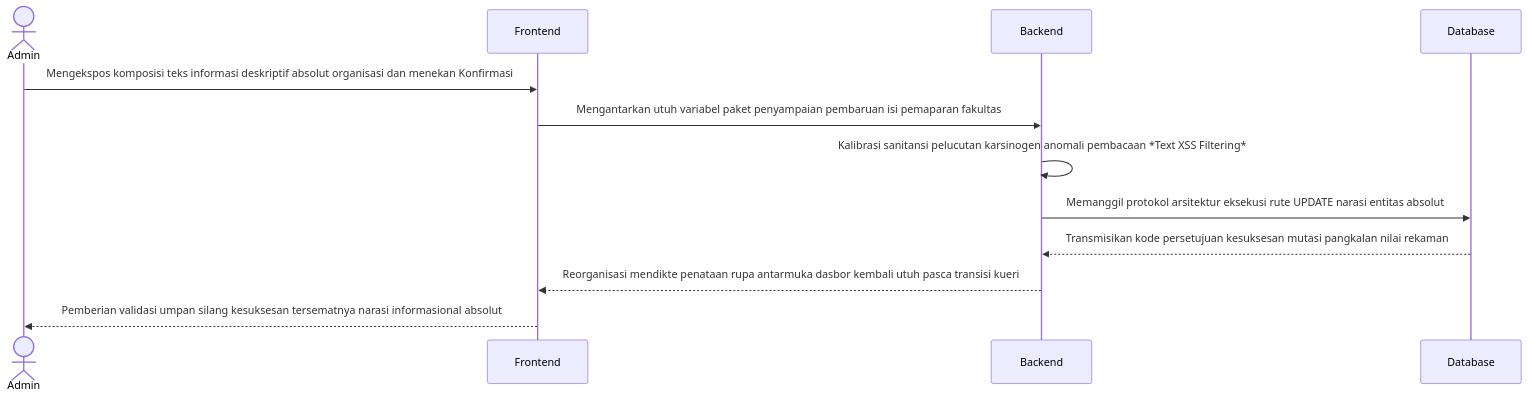
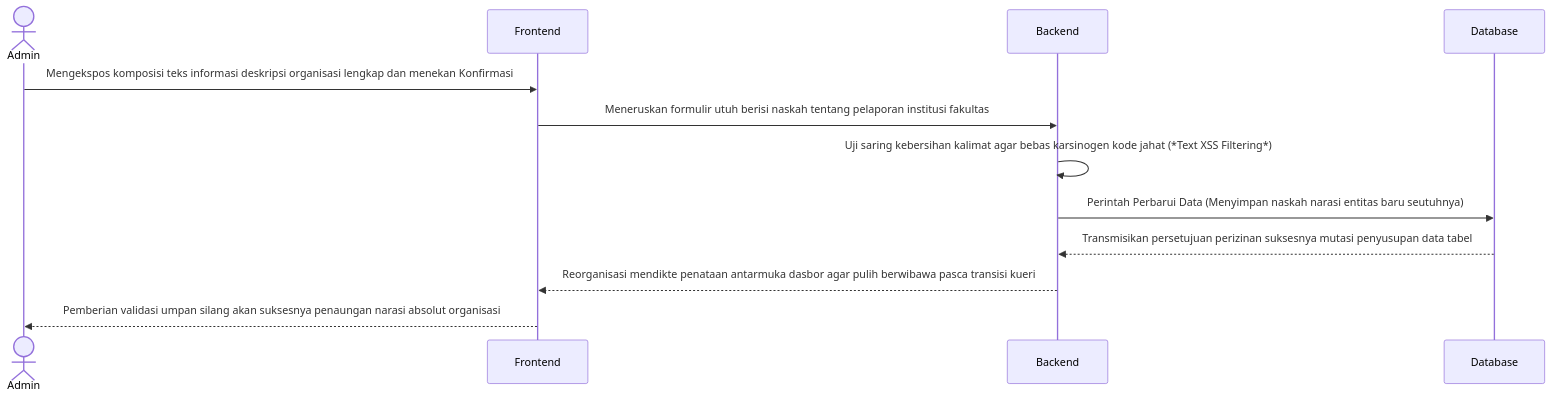
One commit to arbain-dev/Web_fikom changed the fourth of 4 diagrams in docs/02_DIAGRAM_URUTAN_SEQUENCE.md. Above: the diagram before and after it, drawn with Mermaid. The commit also changed other lines of this file, not shown here.

Commit message:
docs: menyederhanakan bahasa teknis tingkat tinggi (HTTP POST/Execute Query) pada Diagram Sequence

````diff
--- a/docs/02_DIAGRAM_URUTAN_SEQUENCE.md
+++ b/docs/02_DIAGRAM_URUTAN_SEQUENCE.md
@@ -75,15 +75,15 @@
 ```mermaid
 sequenceDiagram
     actor Admin
     participant Frontend as Frontend
     participant Backend as Backend
     participant Database as Database
     
-    Admin->>Frontend: Mengekspos komposisi teks informasi deskriptif absolut organisasi dan menekan Konfirmasi
-    Frontend->>Backend: Mengantarkan utuh variabel paket penyampaian pembaruan isi pemaparan fakultas
-    Backend->>Backend: Kalibrasi sanitansi pelucutan karsinogen anomali pembacaan *Text XSS Filtering*
-    Backend->>Database: Memanggil protokol arsitektur eksekusi rute UPDATE narasi entitas absolut 
-    Database-->>Backend: Transmisikan kode persetujuan kesuksesan mutasi pangkalan nilai rekaman
-    Backend-->>Frontend: Reorganisasi mendikte penataan rupa antarmuka dasbor kembali utuh pasca transisi kueri
-    Frontend-->>Admin: Pemberian validasi umpan silang kesuksesan tersematnya narasi informasional absolut
+    Admin->>Frontend: Mengekspos komposisi teks informasi deskripsi organisasi lengkap dan menekan Konfirmasi
+    Frontend->>Backend: Meneruskan formulir utuh berisi naskah tentang pelaporan institusi fakultas
+    Backend->>Backend: Uji saring kebersihan kalimat agar bebas karsinogen kode jahat (*Text XSS Filtering*)
+    Backend->>Database: Perintah Perbarui Data (Menyimpan naskah narasi entitas baru seutuhnya)
+    Database-->>Backend: Transmisikan persetujuan perizinan suksesnya mutasi penyusupan data tabel
+    Backend-->>Frontend: Reorganisasi mendikte penataan antarmuka dasbor agar pulih berwibawa pasca transisi kueri
+    Frontend-->>Admin: Pemberian validasi umpan silang akan suksesnya penaungan narasi absolut organisasi 
 ```
````
